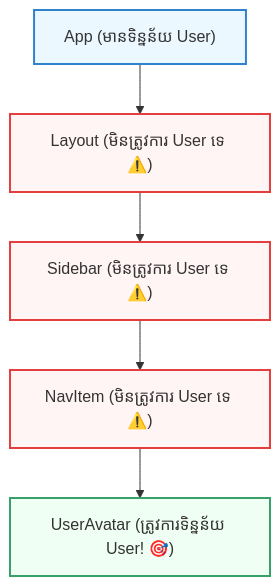
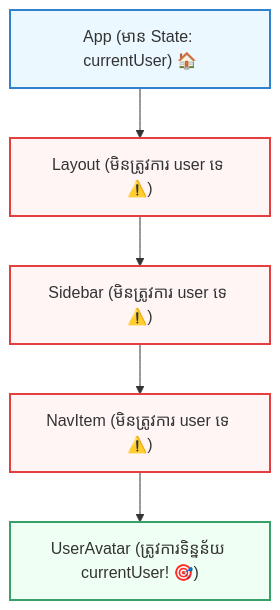
The first of 2 diagrams in src/courses/react/module-7-global-state/01-prop-drilling.mdx (Ari-ICU/full-stack-short-coures), drawn with Mermaid before and after one commit. The commit also changed other lines of this file and 4 other files, not shown here.

````diff
--- a/src/courses/react/module-7-global-state/01-prop-drilling.mdx
+++ b/src/courses/react/module-7-global-state/01-prop-drilling.mdx
@@ -36,13 +46,13 @@
 ```mermaid
 graph TD
-    App["App (មានទិន្នន័យ User)"] --> Layout["Layout (មិនត្រូវការ User ទេ ⚠️)"]
-    Layout --> Sidebar["Sidebar (មិនត្រូវការ User ទេ ⚠️)"]
-    Sidebar --> NavItem["NavItem (មិនត្រូវការ User ទេ ⚠️)"]
-    NavItem --> UserAvatar["UserAvatar (ត្រូវការទិន្នន័យ User! 🎯)"]
+    App["App (មាន State: currentUser) 🏠"] --> Layout["Layout (មិនត្រូវការ user ទេ ⚠️)"]
+    Layout --> Sidebar["Sidebar (មិនត្រូវការ user ទេ ⚠️)"]
+    Sidebar --> NavItem["NavItem (មិនត្រូវការ user ទេ ⚠️)"]
+    NavItem --> UserAvatar["UserAvatar (ត្រូវការទិន្នន័យ currentUser! 🎯)"]
 
     style App fill:#ebf8ff,stroke:#3182ce,stroke-width:2px
     style Layout fill:#fff5f5,stroke:#e53e3e,stroke-width:2px
     style Sidebar fill:#fff5f5,stroke:#e53e3e,stroke-width:2px
     style NavItem fill:#fff5f5,stroke:#e53e3e,stroke-width:2px
     style UserAvatar fill:#f0fff4,stroke:#38a169,stroke-width:2px
 ```
````
